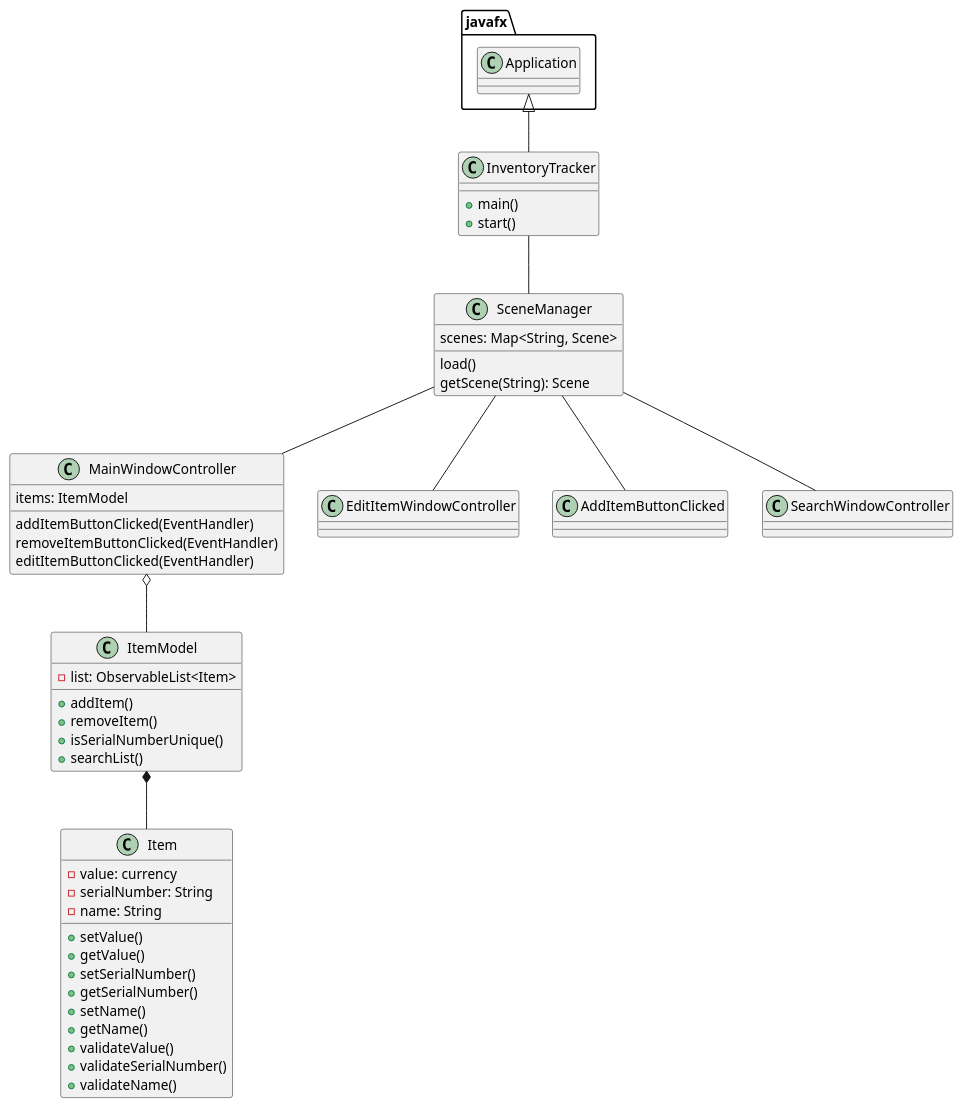
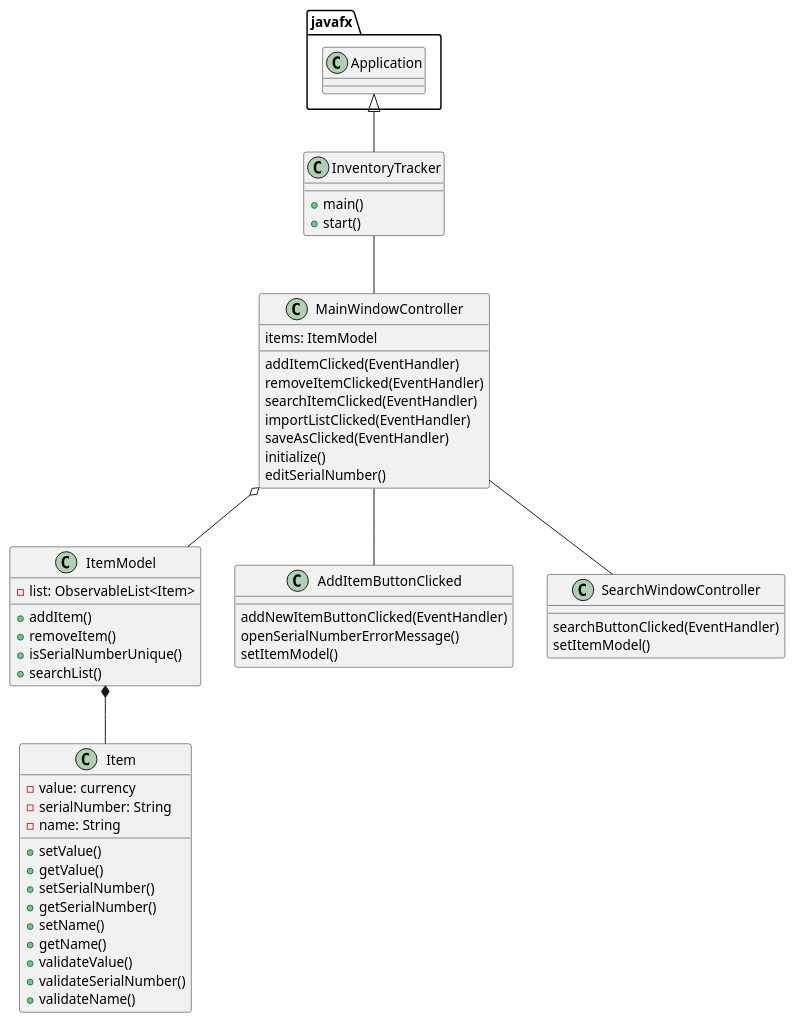
Before and after one commit to NickPohlmann/InventoryTracker: the diagram in UML/InventoryTrackerClasses.puml, drawn with PlantUML. The commit also changed 7 other files, not shown here.

```diff
--- a/UML/InventoryTrackerClasses.puml
+++ b/UML/InventoryTrackerClasses.puml
@@ -1,69 +1,64 @@
 @startuml
 'https://plantuml.com/class-diagram
 
 class InventoryTracker {
     +main()
     +start()
 }
 
-class SceneManager {
-    scenes: Map<String, Scene>
-
-    load()
-    getScene(String): Scene
-}
-
 class MainWindowController {
     items: ItemModel
 
-    addItemButtonClicked(EventHandler)
-    removeItemButtonClicked(EventHandler)
-    editItemButtonClicked(EventHandler)
+    addItemClicked(EventHandler)
+    removeItemClicked(EventHandler)
+    searchItemClicked(EventHandler)
+    importListClicked(EventHandler)
+    saveAsClicked(EventHandler)
+    initialize()
+    editSerialNumber()
 }
 
 class ItemModel {
     -list: ObservableList<Item>
 
     +addItem()
     +removeItem()
     +isSerialNumberUnique()
     +searchList()
 }
 
 class Item {
     -value: currency
     -serialNumber: String
     -name: String
 
     +setValue()
     +getValue()
     +setSerialNumber()
     +getSerialNumber()
     +setName()
     +getName()
     +validateValue()
     +validateSerialNumber()
     +validateName()
 }
 
-class EditItemWindowController {
-
-}
-
 class AddItemButtonClicked {
-
+    addNewItemButtonClicked(EventHandler)
+    openSerialNumberErrorMessage()
+    setItemModel()
 }
 
 class SearchWindowController {
+    searchButtonClicked(EventHandler)
+    setItemModel()
 }
 
 javafx.Application <|-- InventoryTracker
-InventoryTracker -- SceneManager
-SceneManager -- MainWindowController
-SceneManager -- EditItemWindowController
-SceneManager -- AddItemButtonClicked
-SceneManager -- SearchWindowController
+InventoryTracker -- MainWindowController
+MainWindowController -- AddItemButtonClicked
+MainWindowController -- SearchWindowController
 MainWindowController o-- ItemModel
 ItemModel *-- Item
 
 @enduml
```
